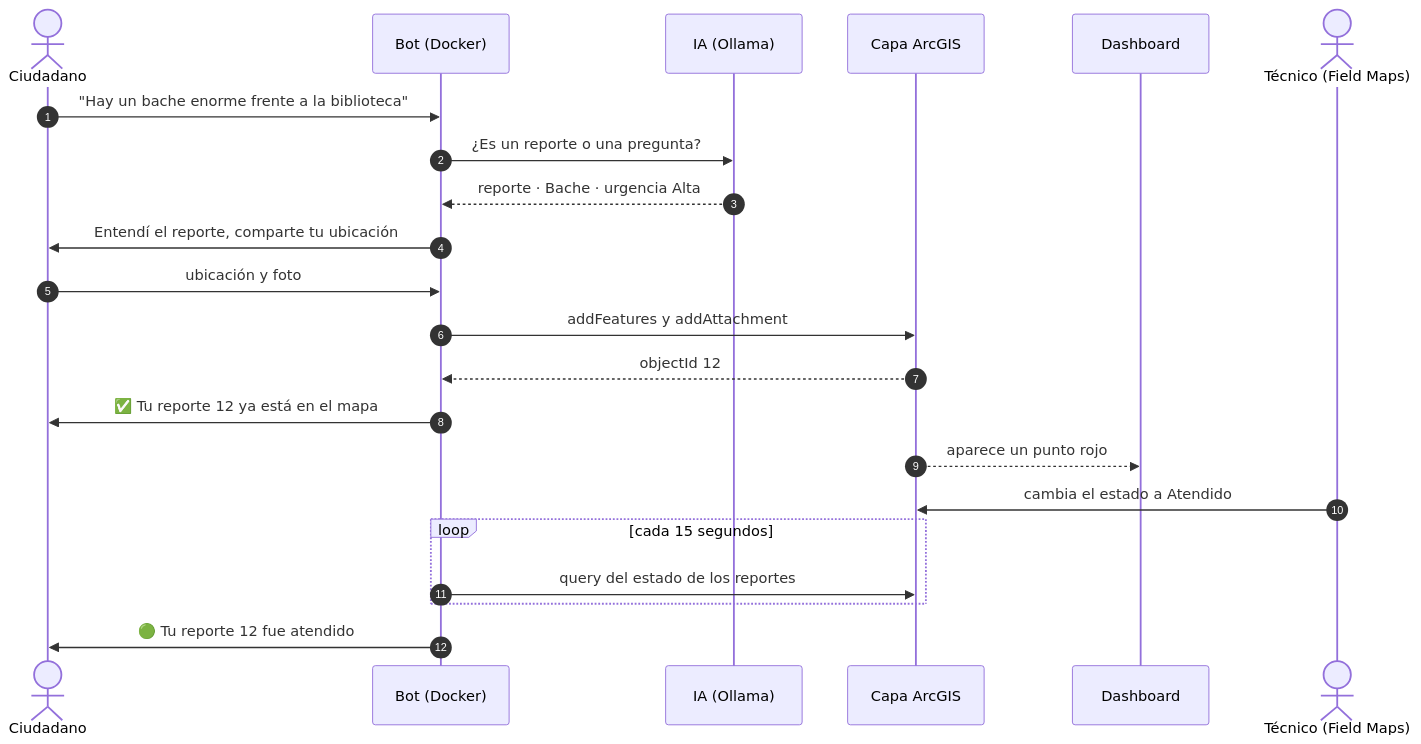
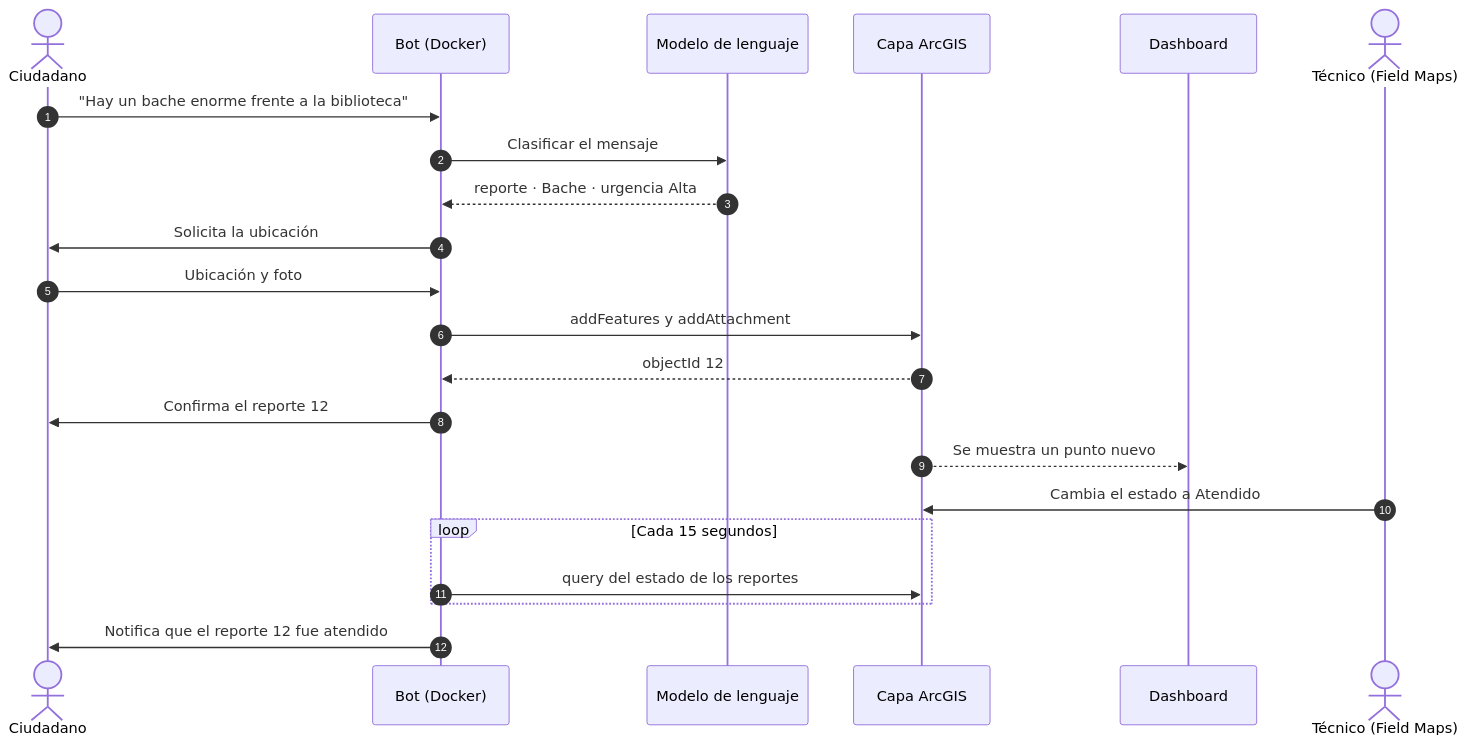
One commit to osbonilla/arcgis-telegram changed the second of 7 diagrams in README.md. Above: the diagram before and after it, drawn with Mermaid. The commit also changed other lines of this file, not shown here.

````diff
--- a/README.md
+++ b/README.md
@@ -87,25 +94,25 @@
 ```mermaid
 sequenceDiagram
     autonumber
     actor C as Ciudadano
     participant B as Bot (Docker)
-    participant IA as IA (Ollama)
+    participant IA as Modelo de lenguaje
     participant L as Capa ArcGIS
     participant D as Dashboard
     actor T as Técnico (Field Maps)
 
     C->>B: "Hay un bache enorme frente a la biblioteca"
-    B->>IA: ¿Es un reporte o una pregunta?
+    B->>IA: Clasificar el mensaje
     IA-->>B: reporte · Bache · urgencia Alta
-    B->>C: Entendí el reporte, comparte tu ubicación
-    C->>B: ubicación y foto
+    B->>C: Solicita la ubicación
+    C->>B: Ubicación y foto
     B->>L: addFeatures y addAttachment
     L-->>B: objectId 12
-    B->>C: ✅ Tu reporte 12 ya está en el mapa
-    L-->>D: aparece un punto rojo
-    T->>L: cambia el estado a Atendido
-    loop cada 15 segundos
+    B->>C: Confirma el reporte 12
+    L-->>D: Se muestra un punto nuevo
+    T->>L: Cambia el estado a Atendido
+    loop Cada 15 segundos
         B->>L: query del estado de los reportes
     end
-    B->>C: 🟢 Tu reporte 12 fue atendido
+    B->>C: Notifica que el reporte 12 fue atendido
 ```
````
